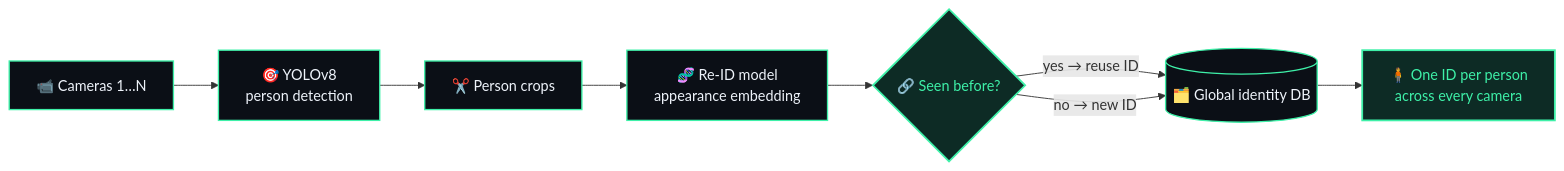
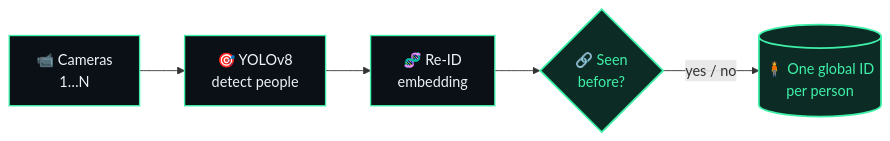
The diagram in README.md (karankatore01/karankatore01), drawn with Mermaid before and after one commit.

Commit message:
Compact flagship diagram

````diff
--- a/README.md
+++ b/README.md
@@ -44,15 +44,12 @@
 ```mermaid
 flowchart LR
-    A["📹 Cameras 1…N"] --> B["🎯 YOLOv8<br/>person detection"]
-    B --> C["✂️ Person crops"]
-    C --> D["🧬 Re-ID model<br/>appearance embedding"]
-    D --> E{"🔗 Seen before?"}
-    E -- "yes → reuse ID" --> F[("🗂️ Global identity DB")]
-    E -- "no → new ID" --> F
-    F --> G["🧍 One ID per person<br/>across every camera"]
+    A["📹 Cameras<br/>1…N"] --> B["🎯 YOLOv8<br/>detect people"]
+    B --> D["🧬 Re-ID<br/>embedding"]
+    D --> E{"🔗 Seen<br/>before?"}
+    E -- "yes / no" --> G[("🧍 One global ID<br/>per person")]
 
     classDef node fill:#0b0f16,stroke:#3ef0a8,color:#eef3fa,stroke-width:1.5px
     classDef key fill:#0d2b25,stroke:#3ef0a8,color:#3ef0a8,stroke-width:2px
-    class A,B,C,D,F node
+    class A,B,D node
     class E,G key
 ```
````
